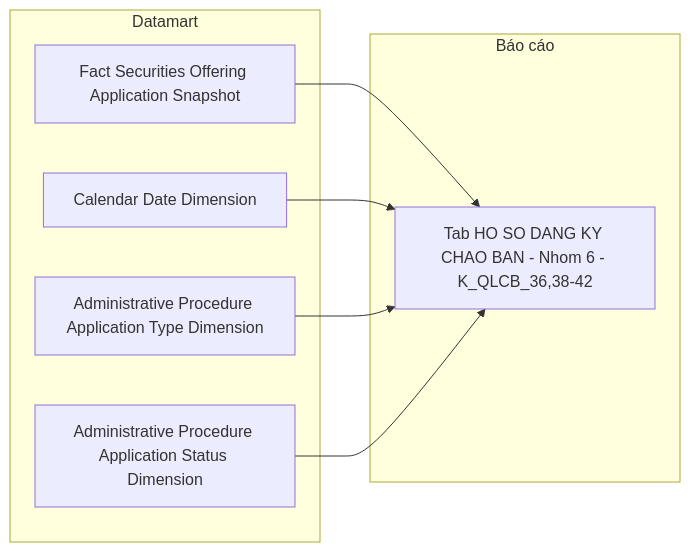
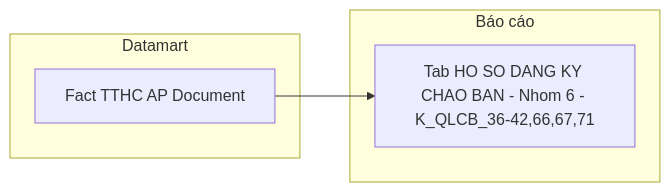
One commit to linhlvit/ubck_atomic_design changed diagram 17 of 22 in Datamart/hld/DTM_QLCB_HLD.md. Above: the diagram before and after it, drawn with Mermaid. The commit also changed other lines of this file and 14 other files, not shown here.

First line of the commit message:
feat(QLCB): chuyen Nhom 5/6 sang Fact phang fct_tthc_ap_document theo SQL dbt va cap nhat flat table

````diff
--- a/Datamart/hld/DTM_QLCB_HLD.md
+++ b/Datamart/hld/DTM_QLCB_HLD.md
@@ -988,16 +913,10 @@
 ```mermaid
 flowchart LR
     subgraph Datamart["Datamart"]
-        G1["Fact Securities Offering Application Snapshot"]
-        G2["Calendar Date Dimension"]
-        G3["Administrative Procedure Application Type Dimension"]
-        G4["Administrative Procedure Application Status Dimension"]
+        G1["Fact TTHC AP Document"]
     end
     subgraph RPT["Báo cáo"]
-        R6["Tab HO SO DANG KY CHAO BAN - Nhom 6 - K_QLCB_36,38-42"]
+        R6["Tab HO SO DANG KY CHAO BAN - Nhom 6 - K_QLCB_36-42,66,67,71"]
     end
     G1 --> R6
-    G2 --> R6
-    G3 --> R6
-    G4 --> R6
 ```
````
